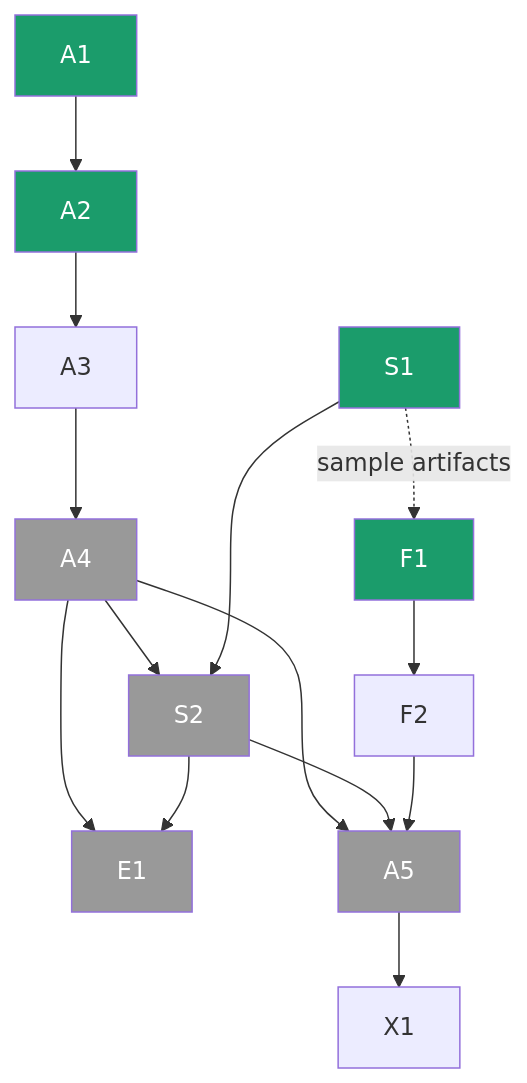
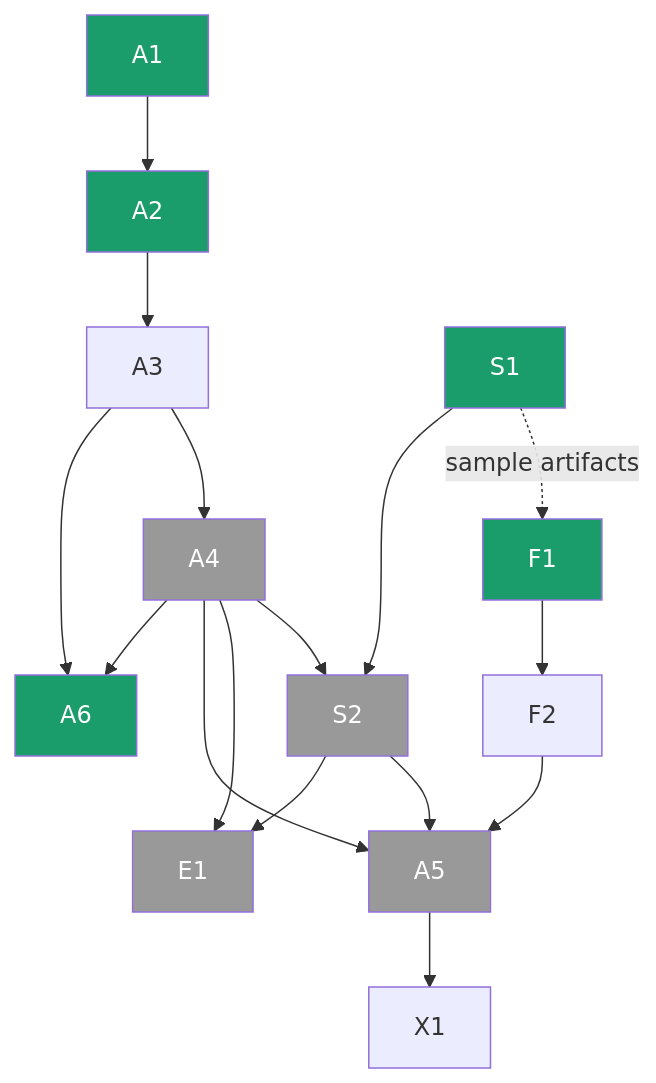
The diagram in docs/Tracker.md (Akshat-Tiwari69/Trace), drawn with Mermaid before and after one commit. The commit also changed other lines of this file, not shown here.

````diff
--- a/docs/Tracker.md
+++ b/docs/Tracker.md
@@ -158,18 +159,20 @@
 ```mermaid
 flowchart TD
     A1 --> A2 --> A3 --> A4
     A4 --> S2
     A4 --> E1
     S1 -.sample artifacts.-> F1
     S1 --> S2
     F1 --> F2
     A4 --> A5
     S2 --> A5
     F2 --> A5
     S2 --> E1
     A5 --> X1
+    A3 --> A6
+    A4 --> A6
     classDef ready fill:#1b9c6b,color:#fff;
     classDef blocked fill:#999,color:#fff;
-    class A1,A2,S1,F1 ready;
+    class A1,A2,S1,F1,A6 ready;
     class A4,A5,S2,E1 blocked;
 ```
````
